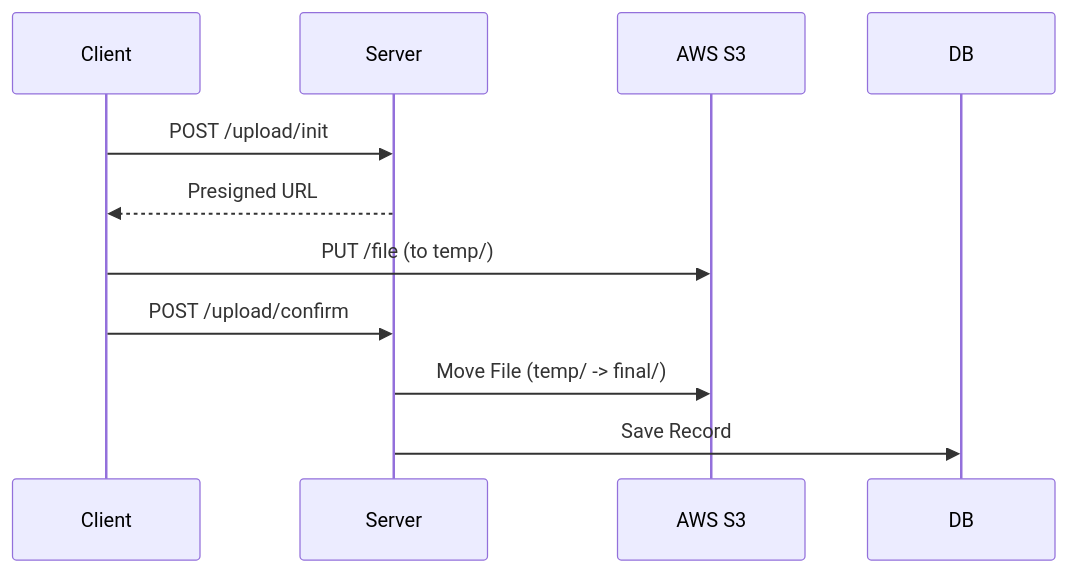
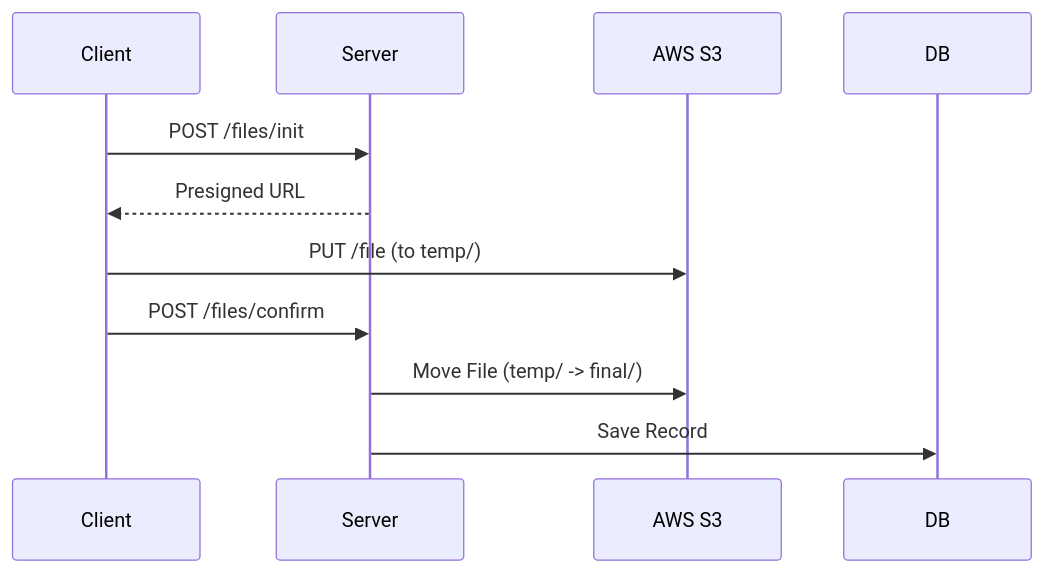
The first of 2 diagrams in README.md (arcaerdogar/ts-backend-template), drawn with Mermaid before and after one commit. The commit also changed other lines of this file and 7 other files, not shown here.

````diff
--- a/README.md
+++ b/README.md
@@ -195,13 +195,13 @@
 ```mermaid
 sequenceDiagram
     participant Client
     participant Server
     participant AWS S3
 
-    Client->>Server: POST /upload/init
+    Client->>Server: POST /files/init
     Server-->>Client: Presigned URL
     Client->>AWS S3: PUT /file (to temp/)
-    Client->>Server: POST /upload/confirm
+    Client->>Server: POST /files/confirm
     Server->>AWS S3: Move File (temp/ -> final/)
     Server->>DB: Save Record
 ```
````
